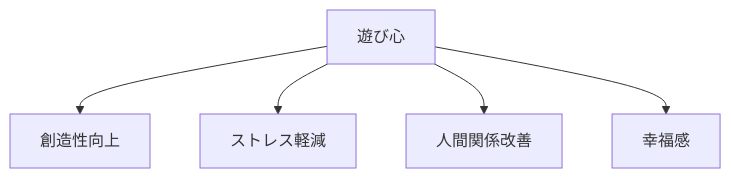
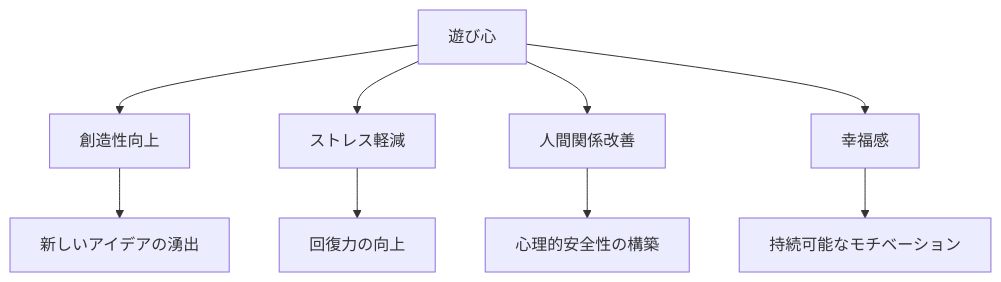
The first of 3 diagrams in content/blog/304-playfulness-mental-model-creativity.md (tndg16-bot/portfolio-site), drawn with Mermaid before and after one commit. The commit also changed other lines of this file and 4 other files, not shown here.

````diff
--- a/content/blog/304-playfulness-mental-model-creativity.md
+++ b/content/blog/304-playfulness-mental-model-creativity.md
@@ -32,7 +31,11 @@
 ```mermaid
 graph TD
     A[遊び心] --> B[創造性向上]
     A --> C[ストレス軽減]
     A --> D[人間関係改善]
     A --> E[幸福感]
+    B --> F[新しいアイデアの湧出]
+    C --> G[回復力の向上]
+    D --> H[心理的安全性の構築]
+    E --> I[持続可能なモチベーション]
 ```
````
